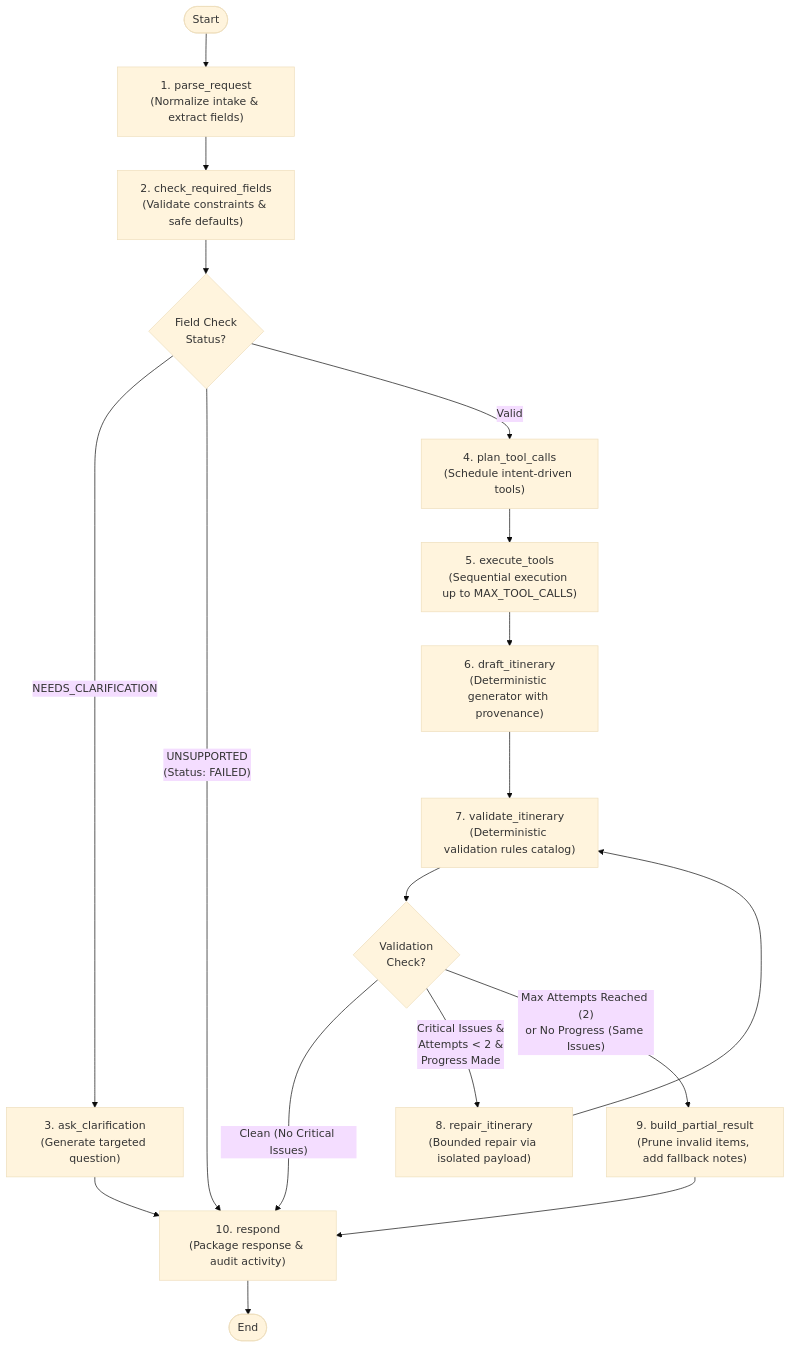
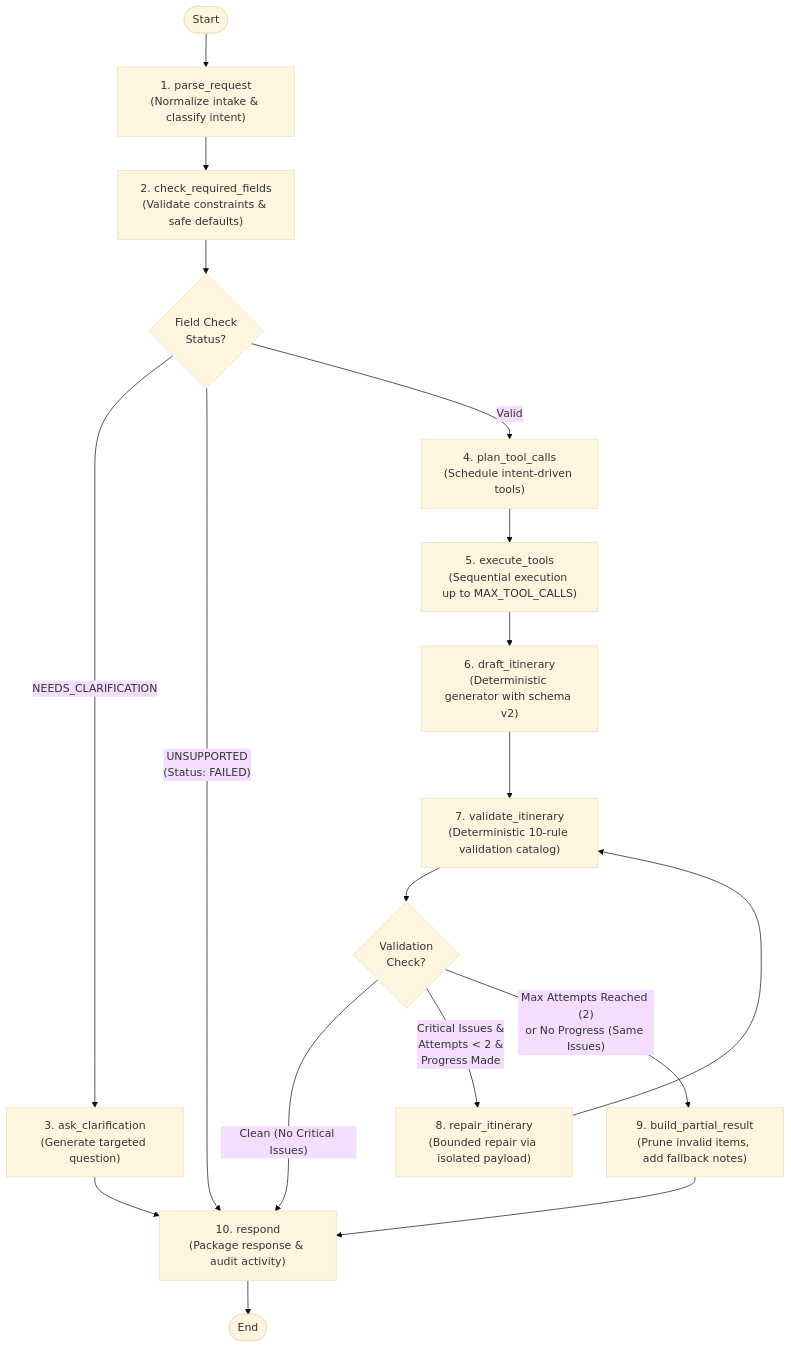
The diagram in docs/phase3/agent-workflow.md (dradhikac/ai-travel-planner), drawn with Mermaid (base theme) before and after one commit. The commit also changed other lines of this file and 2 other files, not shown here.

````diff
--- a/docs/phase3/agent-workflow.md
+++ b/docs/phase3/agent-workflow.md
@@ -19,33 +19,33 @@
 ```mermaid
 flowchart TD
-    START([Start]) --> parse_request["1. parse_request\n(Normalize intake & extract fields)"]
+    START([Start]) --> parse_request["1. parse_request\n(Normalize intake & classify intent)"]
     parse_request --> check_required_fields["2. check_required_fields\n(Validate constraints & safe defaults)"]
 
     check_required_fields --> route_fields{Field Check\nStatus?}
 
     %% Branch 1: Missing essential fields or contradictions
     route_fields -->|"NEEDS_CLARIFICATION"| ask_clarification["3. ask_clarification\n(Generate targeted question)"]
     ask_clarification --> respond["10. respond\n(Package response & audit activity)"]
 
     %% Branch 2: Unsupported operations (e.g. booking)
     route_fields -->|"UNSUPPORTED\n(Status: FAILED)"| respond
 
     %% Branch 3: Valid parameters -> Tool Planning
     route_fields -->|"Valid"| plan_tool_calls["4. plan_tool_calls\n(Schedule intent-driven tools)"]
 
     plan_tool_calls --> execute_tools["5. execute_tools\n(Sequential execution up to MAX_TOOL_CALLS)"]
-    execute_tools --> draft_itinerary["6. draft_itinerary\n(Deterministic generator with provenance)"]
-    draft_itinerary --> validate_itinerary["7. validate_itinerary\n(Deterministic validation rules catalog)"]
+    execute_tools --> draft_itinerary["6. draft_itinerary\n(Deterministic generator with schema v2)"]
+    draft_itinerary --> validate_itinerary["7. validate_itinerary\n(Deterministic 10-rule validation catalog)"]
 
     validate_itinerary --> route_validate{Validation\nCheck?}
 
     %% Validation Routing
     route_validate -->|"Clean (No Critical Issues)"| respond
     route_validate -->|"Critical Issues &\nAttempts < 2 &\nProgress Made"| repair_itinerary["8. repair_itinerary\n(Bounded repair via isolated payload)"]
     repair_itinerary --> validate_itinerary
 
     route_validate -->|"Max Attempts Reached (2)\nor No Progress (Same Issues)"| build_partial["9. build_partial_result\n(Prune invalid items, add fallback notes)"]
     build_partial --> respond
 
     respond --> END([End])
 ```
````
